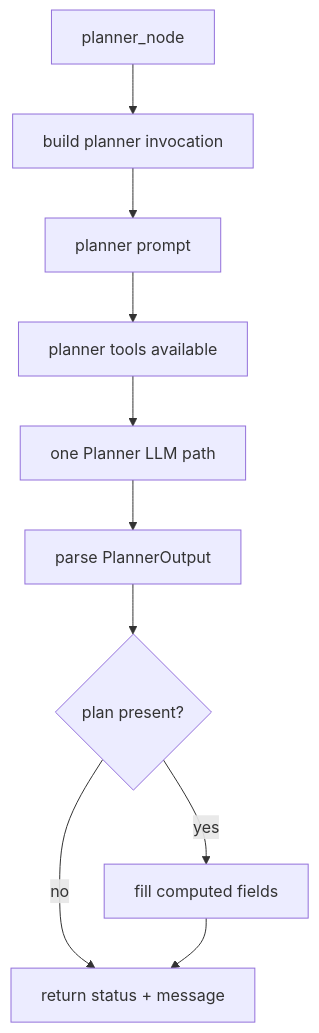
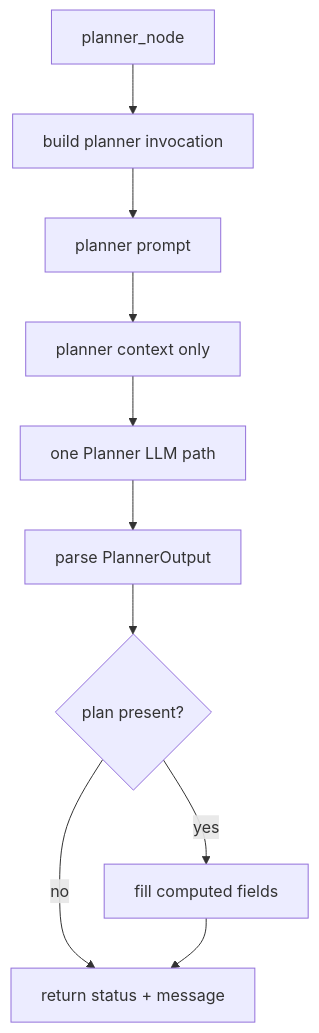
The sixth of 12 diagrams in Weekly-Study-Planner/planner_diagram.md (SaathiAI/PrivateSkedio), drawn with Mermaid before and after one commit. The commit also changed other lines of this file and 1 other file, not shown here.

````diff
--- a/Weekly-Study-Planner/planner_diagram.md
+++ b/Weekly-Study-Planner/planner_diagram.md
@@ -136,12 +139,12 @@
 ```mermaid
 flowchart TD
     PlannerNode["planner_node"] --> Build["build planner invocation"]
     Build --> Prompt["planner prompt"]
-    Prompt --> Tools["planner tools available"]
-    Tools --> Model["one Planner LLM path"]
+    Prompt --> Context["planner context only"]
+    Context --> Model["one Planner LLM path"]
     Model --> Parse["parse PlannerOutput"]
     Parse --> DraftCheck{"plan present?"}
     DraftCheck -->|yes| Fill["fill computed fields"]
     DraftCheck -->|no| Return["return status + message"]
     Fill --> Return
 ```
````
